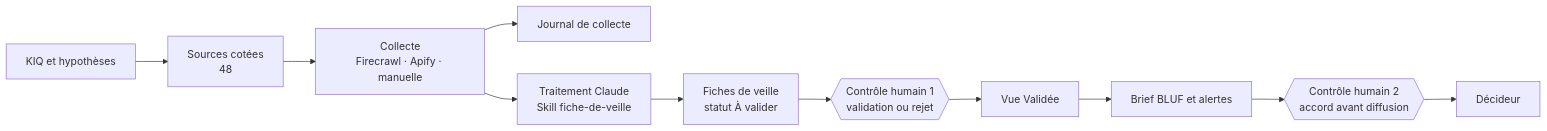
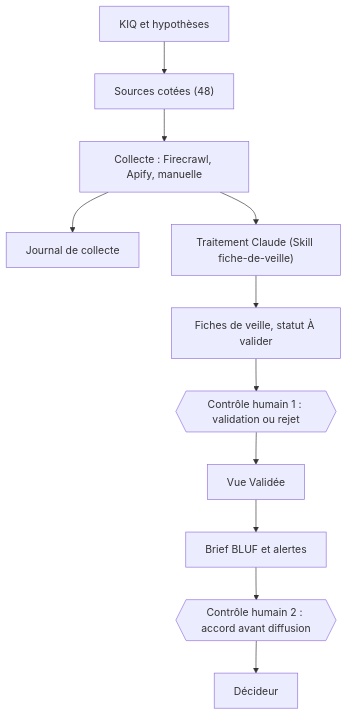
One commit to suleybukar-dotcom/RONA-MKG8102 changed the diagram in README.md. Above: the diagram before and after it, drawn with Mermaid. The commit also changed other lines of this file and 14 other files, not shown here.

First line of the commit message:
Skill validée rétablie, schémas Mermaid, brief en version texte, déclarations corrigées

````diff
--- a/README.md
+++ b/README.md
@@ -19,13 +19,13 @@
 ```mermaid
-flowchart LR
-  K[KIQ et hypothèses] --> S[Sources cotées<br/>48]
-  S --> C[Collecte<br/>Firecrawl · Apify · manuelle]
-  C --> J[Journal de collecte]
-  C --> T[Traitement Claude<br/>Skill fiche-de-veille]
-  T --> F[Fiches de veille<br/>statut À valider]
-  F --> V{{Contrôle humain 1<br/>validation ou rejet}}
-  V --> Q[Vue Validée]
-  Q --> B[Brief BLUF et alertes]
-  B --> D{{Contrôle humain 2<br/>accord avant diffusion}}
-  D --> R[Décideur]
+flowchart TB
+  K["KIQ et hypothèses"] --> S["Sources cotées (48)"]
+  S --> C["Collecte : Firecrawl, Apify, manuelle"]
+  C --> J["Journal de collecte"]
+  C --> T["Traitement Claude (Skill fiche-de-veille)"]
+  T --> F["Fiches de veille, statut À valider"]
+  F --> V{{"Contrôle humain 1 : validation ou rejet"}}
+  V --> Q["Vue Validée"]
+  Q --> B["Brief BLUF et alertes"]
+  B --> D{{"Contrôle humain 2 : accord avant diffusion"}}
+  D --> R["Décideur"]
 ```
````
